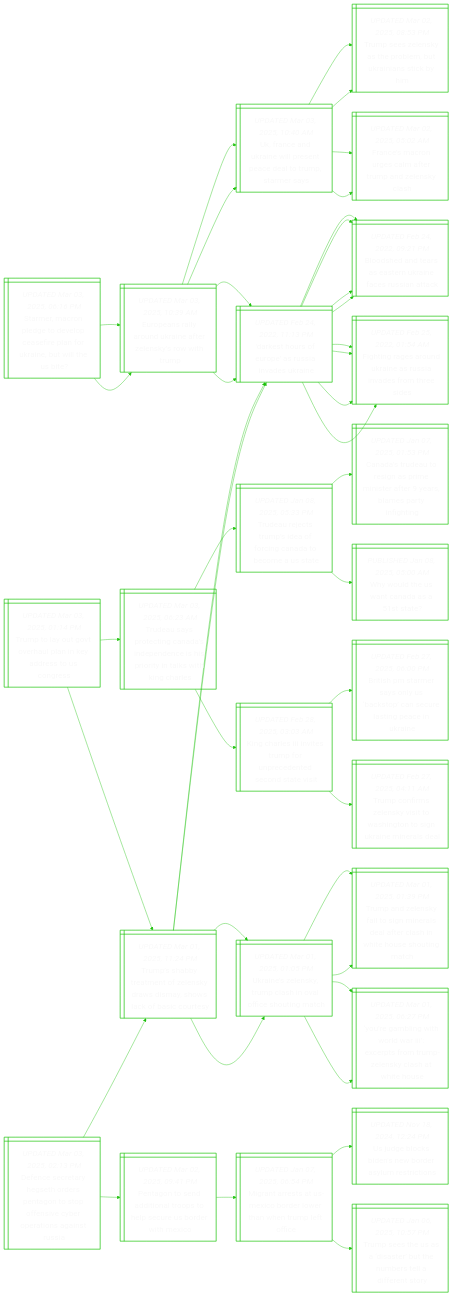
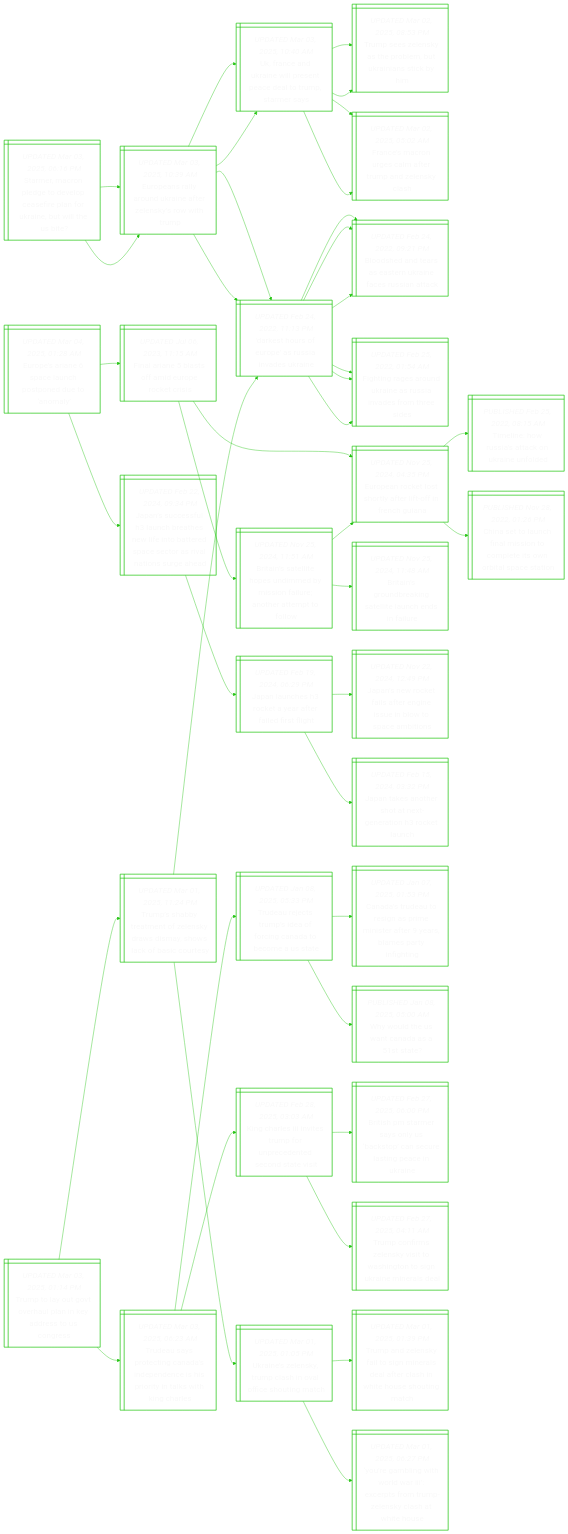
The diagram in README.md (notJmes/notJmes), drawn with Mermaid before and after one commit. The commit also changed other lines of this file, not shown here.

````diff
--- a/README.md
+++ b/README.md
@@ -62,6 +62,43 @@
 DsruasvUn:::txtsize --> Bsnranicsak:::txtsize
 DsruasvUn:::txtsize --> Figokesnsts:::txtsize
 
+Eeaauoneo@{ shape: win-pane, label: "_UPDATED Mar 04, 2025, 01:28 AM_
+Europe’s ariane 6 space launch postponed due to ‘anomaly’" }
+FAetaurti@{ shape: win-pane, label: "_UPDATED Jul 06, 2023, 11:15 AM_
+Final ariane 5 blasts off amid europe rocket crisis" }
+EecooalfrGa@{ shape: win-pane, label: "_UPDATED Nov 25, 2024, 04:35 PM_
+European rocket lost shortly after lift-off in french guiana" }
+Tiwitnifd@{ shape: win-pane, label: "_PUBLISHED Feb 25, 2022, 08:15 AM_
+Timeline: how russia's attack on ukraine unfolded" }
+Cslhlicesrlei@{ shape: win-pane, label: "_PUBLISHED Nov 28, 2022, 01:26 PM_
+China set to launch final mission to complete its own orbital space station" }
+Bitteibsaehttl@{ shape: win-pane, label: "_UPDATED Nov 25, 2024, 11:51 AM_
+Britain’s satellite hopes undimmed by mission failure; another attempt to follow" }
+Biorneecsi@{ shape: win-pane, label: "_UPDATED Nov 25, 2024, 11:48 AM_
+Britain’s groundbreaking satellite launch ends in failure" }
+EecooalfrGa@{ shape: win-pane, label: "_UPDATED Nov 25, 2024, 04:35 PM_
+European rocket lost shortly after lift-off in french guiana" }
+Jselnesittssrvtsa@{ shape: win-pane, label: "_UPDATED Feb 22, 2024, 09:34 PM_
+Japan’s successful h3 launch breathes new life into battered space sector as rival nations surge ahead" }
+Jlhoaafdth@{ shape: win-pane, label: "_UPDATED Feb 19, 2024, 06:29 PM_
+Japan launches h3 rocket a year after failed first flight" }
+Jsofaeeeopmo@{ shape: win-pane, label: "_UPDATED Nov 22, 2024, 12:49 PM_
+Japan’s new rocket fails after engine issue in blow to space ambitions" }
+Jtaetxeoca@{ shape: win-pane, label: "_UPDATED Feb 15, 2024, 03:32 PM_
+Japan takes another shot at next-generation h3 rocket launch" }
+
+Eeaauoneo:::txtsize --> FAetaurti:::txtsize
+FAetaurti:::txtsize --> EecooalfrGa:::txtsize
+EecooalfrGa:::txtsize --> Tiwitnifd:::txtsize
+EecooalfrGa:::txtsize --> Cslhlicesrlei:::txtsize
+FAetaurti:::txtsize --> Bitteibsaehttl:::txtsize
+Bitteibsaehttl:::txtsize --> Biorneecsi:::txtsize
+Bitteibsaehttl:::txtsize --> EecooalfrGa:::txtsize
+Eeaauoneo:::txtsize --> Jselnesittssrvtsa:::txtsize
+Jselnesittssrvtsa:::txtsize --> Jlhoaafdth:::txtsize
+Jlhoaafdth:::txtsize --> Jsofaeeeopmo:::txtsize
+Jlhoaafdth:::txtsize --> Jtaetxeoca:::txtsize
+
 TtovrpndsCe@{ shape: win-pane, label: "_UPDATED Mar 03, 2025, 01:14 PM_
 Trump to lay out govt overhaul plan in key address to us congress" }
 Tasegdddipitwia@{ shape: win-pane, label: "_UPDATED Mar 03, 2025, 06:23 AM_
@@ -108,41 +145,4 @@
 DsruasvUn:::txtsize --> Bsnranicsak:::txtsize
 DsruasvUn:::txtsize --> Figokesnsts:::txtsize
 
-Dcryedeotfverniu@{ shape: win-pane, label: "_UPDATED Mar 03, 2025, 02:13 PM_
-Defence secretary hegseth orders pentagon to stop offensive cyber operations against russia" }
-Tsbatlysawksuy@{ shape: win-pane, label: "_UPDATED Mar 01, 2025, 11:24 PM_
-Trump’s shabby treatment of zelensky draws dismay, shows lack of basic courtesy" }
-Unlyphaiogh@{ shape: win-pane, label: "_UPDATED Mar 01, 2025, 01:05 PM_
-Ukraine’s zelensky, trump clash in oval office shouting match" }
-TalytnretaWHsit@{ shape: win-pane, label: "_UPDATED Mar 01, 2025, 01:39 PM_
-Trump and zelensky fail to sign minerals deal after clash in white house shouting match" }
-YgitlIcsTZsaWH@{ shape: win-pane, label: "_UPDATED Mar 01, 2025, 06:27 PM_
-‘you’re gambling with world war iii’: excerpts from trump-zelensky clash at white house" }
-DsruasvUn@{ shape: win-pane, label: "_UPDATED Feb 24, 2022, 11:13 PM_
-'darkest hours of europe' as russia invades ukraine" }
-Bsnranicsak@{ shape: win-pane, label: "_UPDATED Feb 24, 2022, 09:21 PM_
-Bloodshed and tears as eastern ukraine faces russian attack" }
-Figokesnsts@{ shape: win-pane, label: "_UPDATED Feb 25, 2022, 01:54 AM_
-Fighting rages around ukraine as russia invades from three sides" }
-Pgsdortprowe@{ shape: win-pane, label: "_UPDATED Mar 02, 2025, 09:41 PM_
-Pentagon to send additional troops to help secure us border with mexico" }
-Mnetxolthufi@{ shape: win-pane, label: "_UPDATED Jan 07, 2025, 06:54 PM_
-Migrant arrests at us-mexico border lower than when trump left office" }
-Ugcdedyecs@{ shape: win-pane, label: "_UPDATED Nov 18, 2024, 12:24 PM_
-Us judge blocks biden's new border asylum restrictions" }
-Tshsabeelfnr@{ shape: win-pane, label: "_UPDATED Jan 06, 2025, 10:57 PM_
-Trump sees the us as a ‘disaster’ but the numbers tell a different story" }
-
-Dcryedeotfverniu:::txtsize --> Tsbatlysawksuy:::txtsize
-Tsbatlysawksuy:::txtsize --> Unlyphaiogh:::txtsize
-Unlyphaiogh:::txtsize --> TalytnretaWHsit:::txtsize
-Unlyphaiogh:::txtsize --> YgitlIcsTZsaWH:::txtsize
-Tsbatlysawksuy:::txtsize --> DsruasvUn:::txtsize
-DsruasvUn:::txtsize --> Bsnranicsak:::txtsize
-DsruasvUn:::txtsize --> Figokesnsts:::txtsize
-Dcryedeotfverniu:::txtsize --> Pgsdortprowe:::txtsize
-Pgsdortprowe:::txtsize --> Mnetxolthufi:::txtsize
-Mnetxolthufi:::txtsize --> Ugcdedyecs:::txtsize
-Mnetxolthufi:::txtsize --> Tshsabeelfnr:::txtsize
-
 ```
````
